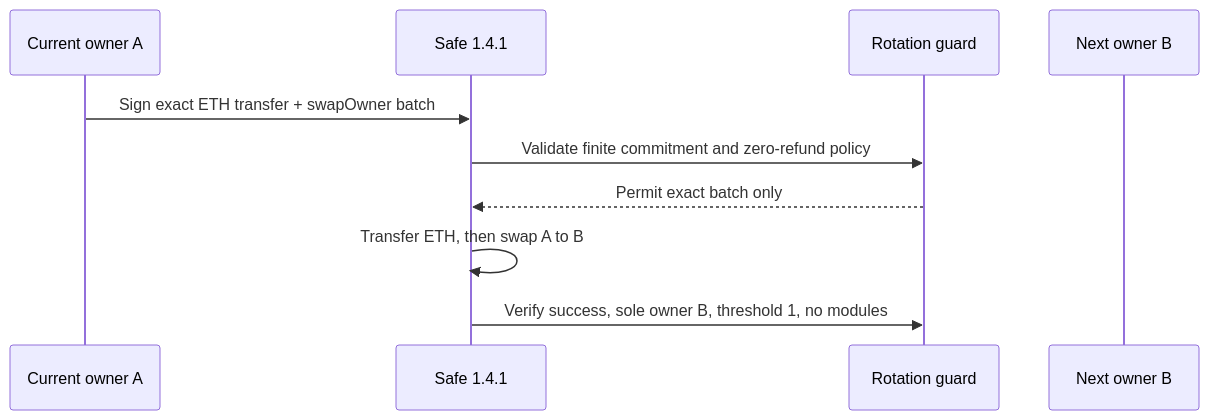
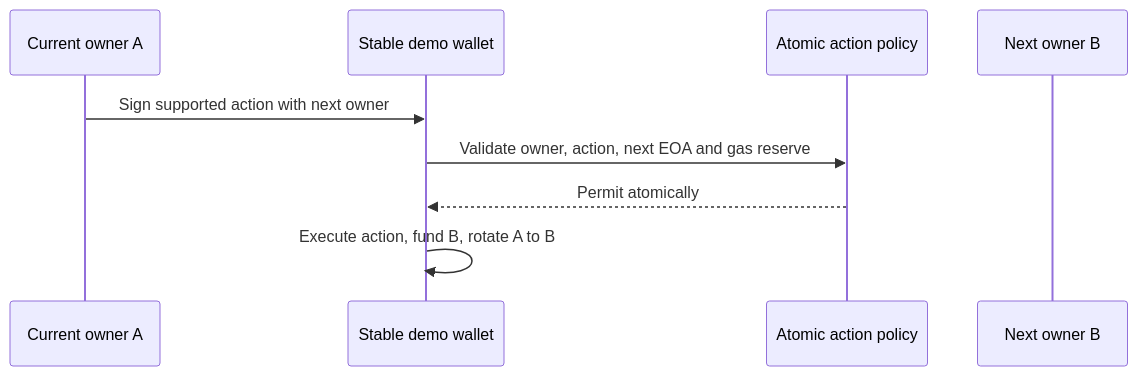
Before and after one commit to SilentCicero/bunker-wallet: the first of 2 diagrams in README.md, drawn with Mermaid. The commit also changed other lines of this file and 25 other files, not shown here.

Commit message:
Redesign Bunker as a stable-address rotation demo

````diff
--- a/README.md
+++ b/README.md
@@ -7,12 +7,11 @@
 ```mermaid
 sequenceDiagram
   participant A as Current owner A
-  participant S as Safe 1.4.1
-  participant G as Rotation guard
+  participant S as Stable demo wallet
+  participant G as Atomic action policy
   participant B as Next owner B
-  A->>S: Sign exact ETH transfer + swapOwner batch
-  S->>G: Validate finite commitment and zero-refund policy
-  G-->>S: Permit exact batch only
-  S->>S: Transfer ETH, then swap A to B
-  S->>G: Verify success, sole owner B, threshold 1, no modules
+  A->>S: Sign supported action with next owner
+  S->>G: Validate owner, action, next EOA and gas reserve
+  G-->>S: Permit atomically
+  S->>S: Execute action, fund B, rotate A to B
 ```
````
